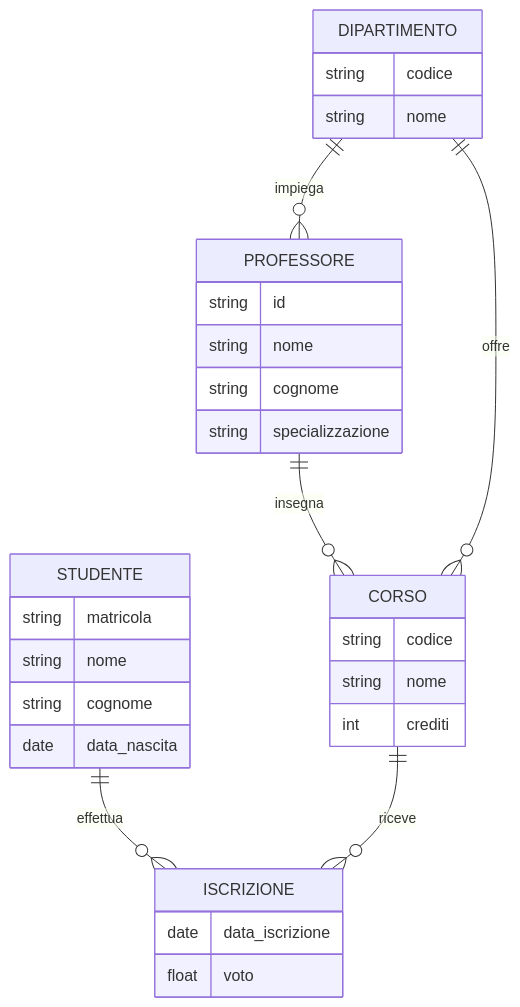
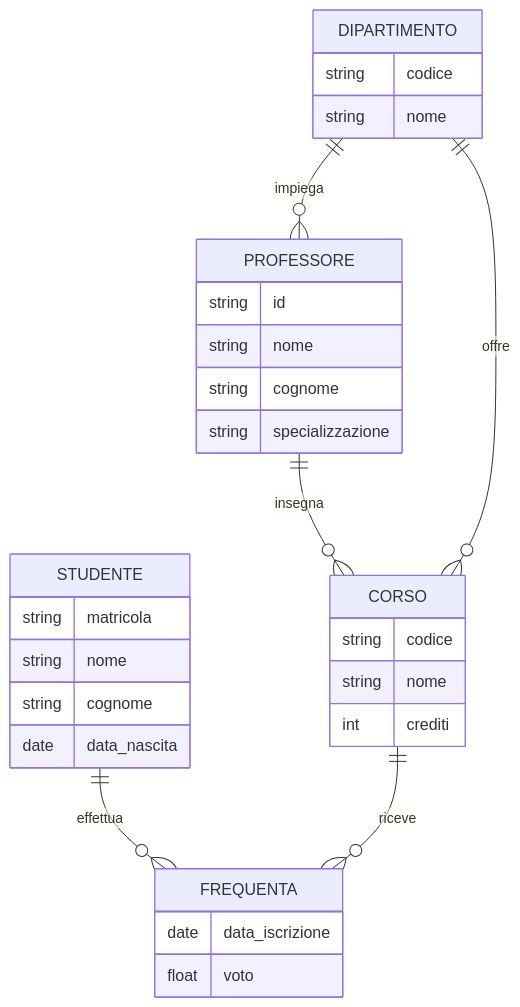
One commit to angelogalantiscuola/IT changed the seventh of 7 diagrams in db/progettazione_del_database/diagrammi_er.md. Above: the diagram before and after it, drawn with Mermaid. The commit also changed 3 other files, not shown here.

````diff
--- a/db/progettazione_del_database/diagrammi_er.md
+++ b/db/progettazione_del_database/diagrammi_er.md
@@ -102,34 +102,34 @@
 ```mermaid
 erDiagram
-    STUDENTE ||--o{ ISCRIZIONE : "effettua"
-    CORSO ||--o{ ISCRIZIONE : "riceve"
+    STUDENTE ||--o{ FREQUENTA : "effettua"
+    CORSO ||--o{ FREQUENTA : "riceve"
     PROFESSORE ||--o{ CORSO : "insegna"
     DIPARTIMENTO ||--o{ CORSO : "offre"
     DIPARTIMENTO ||--o{ PROFESSORE : "impiega"
     STUDENTE {
         string matricola
         string nome
         string cognome
         date data_nascita
     }
     CORSO {
         string codice
         string nome
         int crediti
     }
     PROFESSORE {
         string id
         string nome
         string cognome
         string specializzazione
     }
     DIPARTIMENTO {
         string codice
         string nome
     }
-    ISCRIZIONE {
+    FREQUENTA {
         date data_iscrizione
         float voto
     }
 
 ```
````
